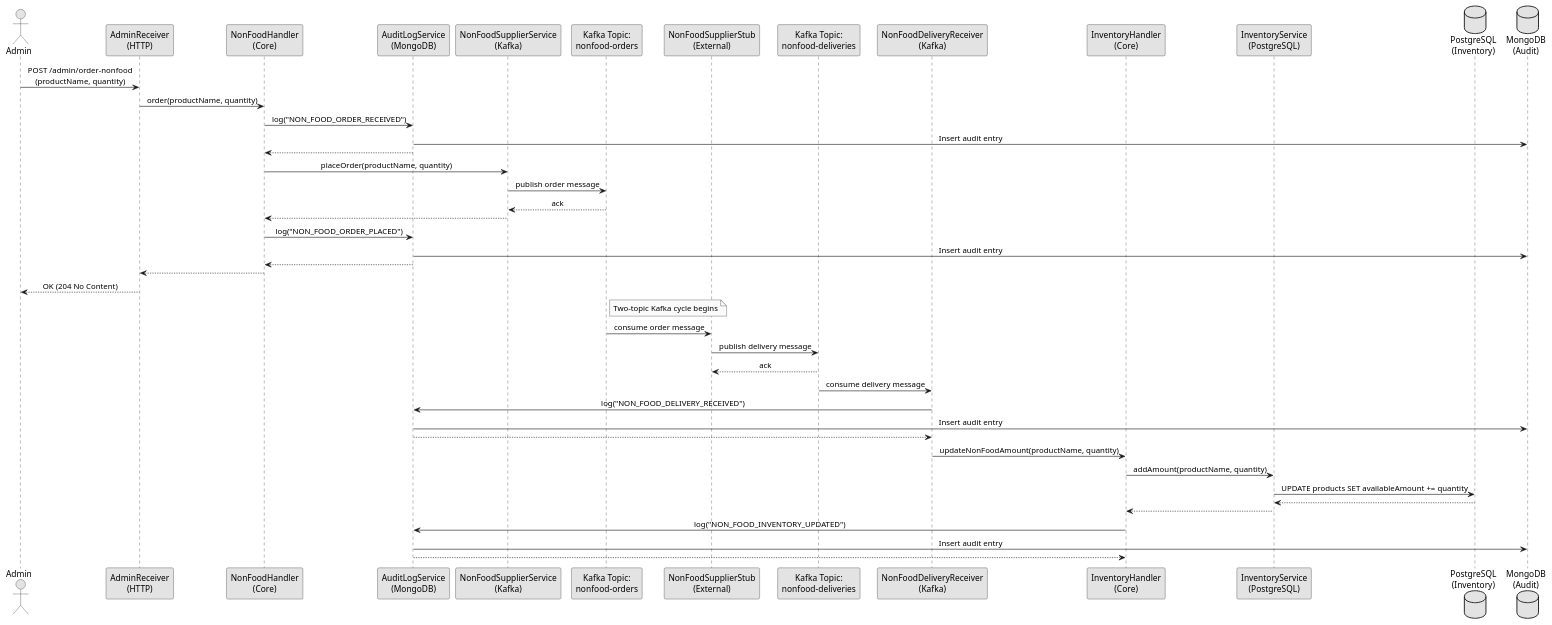
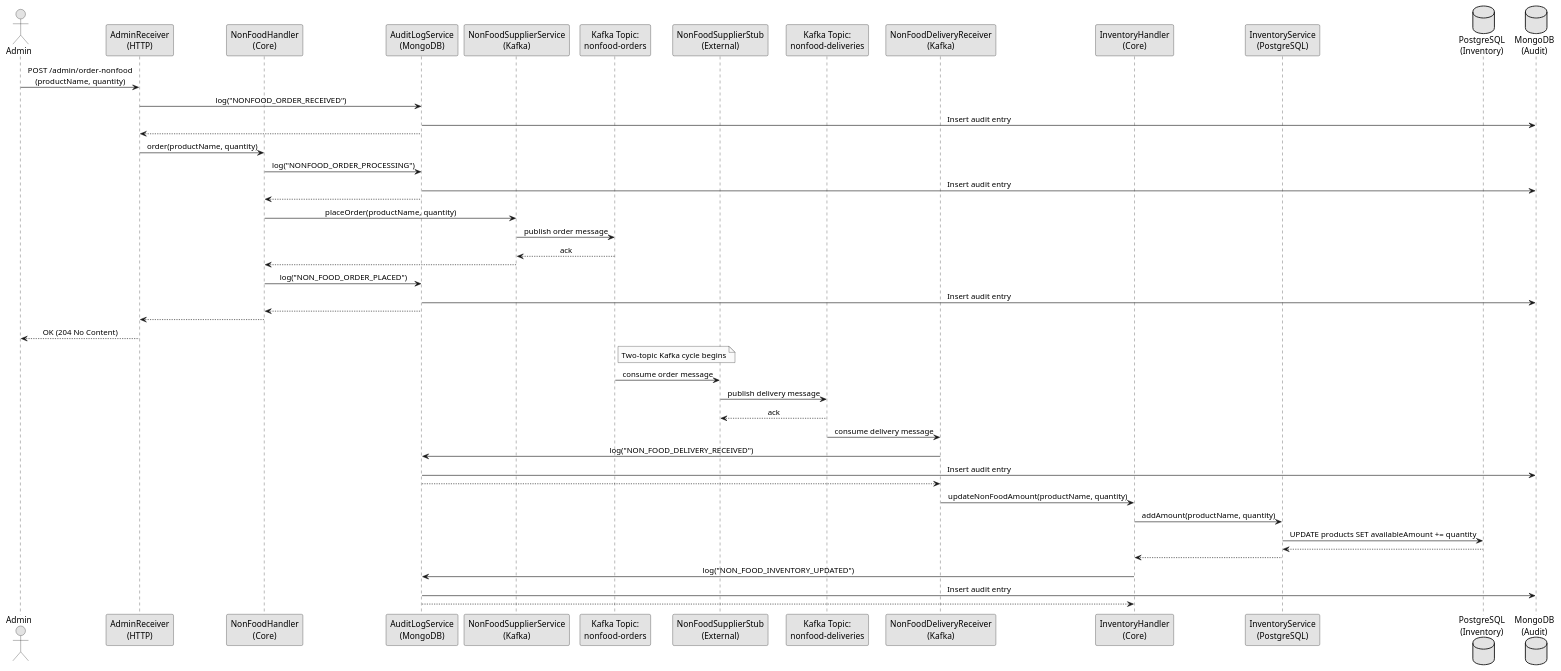
Before and after one commit to svene/2026-07-26_quarkus-hexagon-demo-mm-per-tech: the diagram in docs/architecture/flows/admin-order-nonfood.puml, drawn with PlantUML. The commit also changed 36 other files, not shown here.

```diff
--- a/docs/architecture/flows/admin-order-nonfood.puml
+++ b/docs/architecture/flows/admin-order-nonfood.puml
@@ -1,56 +1,59 @@
 @startuml admin_order_nonfood
 skinparam monochrome true
 skinparam sequenceMessageAlign center
 skinparam backgroundColor #ffffff
 
 actor "Admin" as user
 participant "AdminReceiver\n(HTTP)" as receiver
 participant "NonFoodHandler\n(Core)" as handler
 participant "AuditLogService\n(MongoDB)" as audit
 participant "NonFoodSupplierService\n(Kafka)" as service
 participant "Kafka Topic:\nnonfood-orders" as kafka_order
 participant "NonFoodSupplierStub\n(External)" as stub
 participant "Kafka Topic:\nnonfood-deliveries" as kafka_delivery
 participant "NonFoodDeliveryReceiver\n(Kafka)" as kafka_receiver
 participant "InventoryHandler\n(Core)" as inv_handler
 participant "InventoryService\n(PostgreSQL)" as inventory
 database "PostgreSQL\n(Inventory)" as db_inv
 database "MongoDB\n(Audit)" as db_audit
 
 user -> receiver: POST /admin/order-nonfood\n(productName, quantity)
+receiver -> audit: log("NONFOOD_ORDER_RECEIVED")
+audit -> db_audit: Insert audit entry
+audit --> receiver
 receiver -> handler: order(productName, quantity)
-handler -> audit: log("NON_FOOD_ORDER_RECEIVED")
+handler -> audit: log("NONFOOD_ORDER_PROCESSING")
 audit -> db_audit: Insert audit entry
 audit --> handler
 handler -> service: placeOrder(productName, quantity)
 service -> kafka_order: publish order message
 kafka_order --> service: ack
 service --> handler
 handler -> audit: log("NON_FOOD_ORDER_PLACED")
 audit -> db_audit: Insert audit entry
 audit --> handler
 handler --> receiver
 receiver --> user: OK (204 No Content)
 
 note right of kafka_order
   Two-topic Kafka cycle begins
 end note
 
 kafka_order -> stub: consume order message
 stub -> kafka_delivery: publish delivery message
 kafka_delivery --> stub: ack
 
 kafka_delivery -> kafka_receiver: consume delivery message
 kafka_receiver -> audit: log("NON_FOOD_DELIVERY_RECEIVED")
 audit -> db_audit: Insert audit entry
 audit --> kafka_receiver
 kafka_receiver -> inv_handler: updateNonFoodAmount(productName, quantity)
 inv_handler -> inventory: addAmount(productName, quantity)
 inventory -> db_inv: UPDATE products SET availableAmount += quantity
 db_inv --> inventory
 inventory --> inv_handler
 inv_handler -> audit: log("NON_FOOD_INVENTORY_UPDATED")
 audit -> db_audit: Insert audit entry
 audit --> inv_handler
 
 @enduml
```
